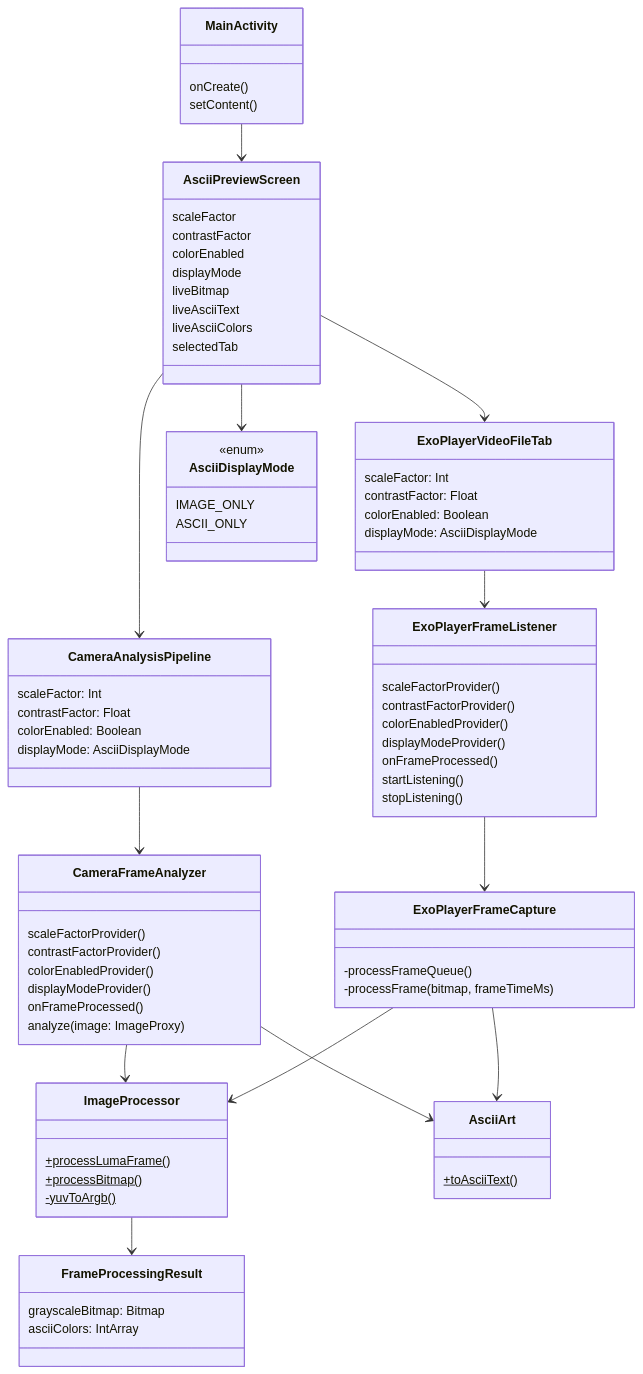
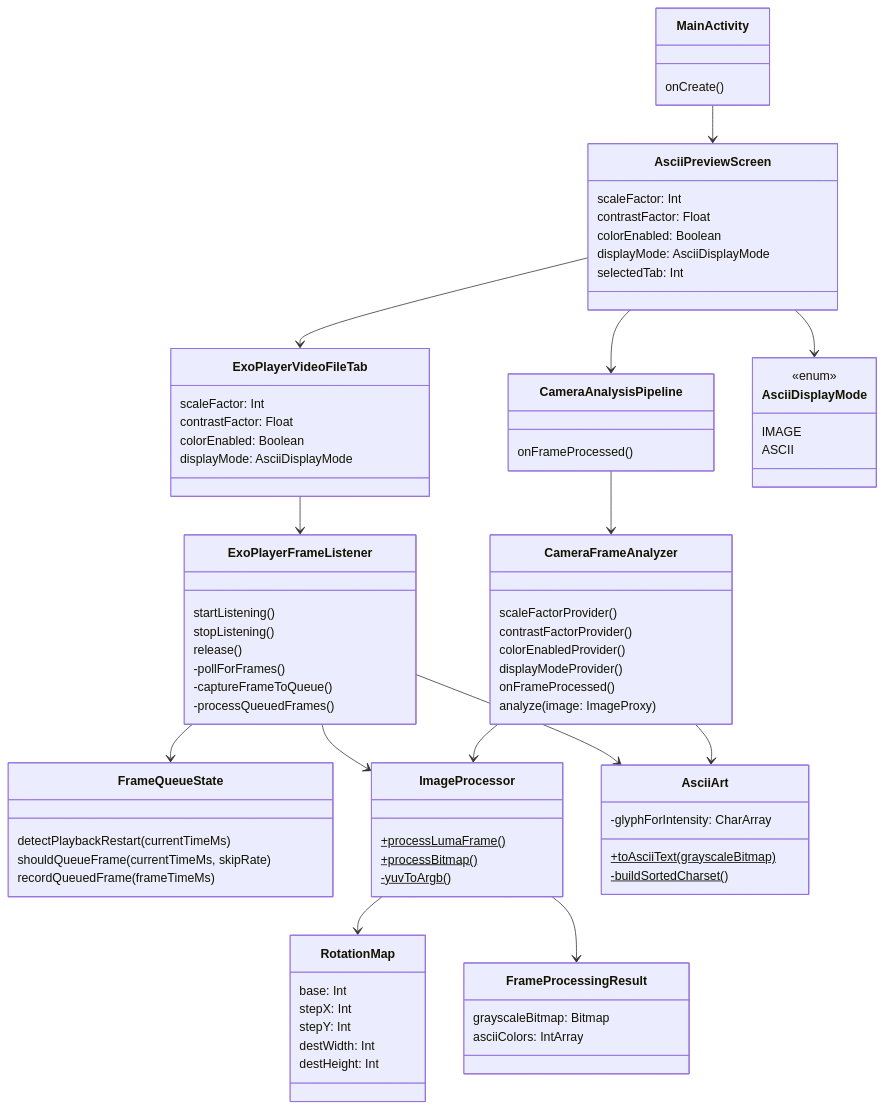
The diagram in docs/class-diagram.mmd (replicant1/AsciiArt), drawn with Mermaid before and after one commit. The commit also changed 8 other files, not shown here.

First line of the commit message:
Bring the README and architecture diagrams back in line with the code

```diff
--- a/docs/class-diagram.mmd
+++ b/docs/class-diagram.mmd
@@ -1,88 +1,92 @@
 classDiagram
     class MainActivity {
         onCreate()
-        setContent()
     }
-    
+
     class AsciiPreviewScreen {
-        scaleFactor
-        contrastFactor
-        colorEnabled
-        displayMode
-        liveBitmap
-        liveAsciiText
-        liveAsciiColors
-        selectedTab
-    }
-    
-    class CameraAnalysisPipeline {
         scaleFactor: Int
         contrastFactor: Float
         colorEnabled: Boolean
         displayMode: AsciiDisplayMode
+        selectedTab: Int
     }
-    
+
+    class CameraAnalysisPipeline {
+        onFrameProcessed()
+    }
+
     class CameraFrameAnalyzer {
         scaleFactorProvider()
         contrastFactorProvider()
         colorEnabledProvider()
         displayModeProvider()
         onFrameProcessed()
         analyze(image: ImageProxy)
     }
-    
+
     class ExoPlayerVideoFileTab {
         scaleFactor: Int
         contrastFactor: Float
         colorEnabled: Boolean
         displayMode: AsciiDisplayMode
     }
-    
+
     class ExoPlayerFrameListener {
-        scaleFactorProvider()
-        contrastFactorProvider()
-        colorEnabledProvider()
-        displayModeProvider()
-        onFrameProcessed()
         startListening()
         stopListening()
+        release()
+        -pollForFrames()
+        -captureFrameToQueue()
+        -processQueuedFrames()
     }
-    
-    class ExoPlayerFrameCapture {
-        -processFrameQueue()
-        -processFrame(bitmap, frameTimeMs)
+
+    class FrameQueueState {
+        detectPlaybackRestart(currentTimeMs)
+        shouldQueueFrame(currentTimeMs, skipRate)
+        recordQueuedFrame(frameTimeMs)
     }
-    
+
     class ImageProcessor {
         +processLumaFrame()$
         +processBitmap()$
         -yuvToArgb()$
     }
-    
+
+    class RotationMap {
+        base: Int
+        stepX: Int
+        stepY: Int
+        destWidth: Int
+        destHeight: Int
+    }
+
     class FrameProcessingResult {
         grayscaleBitmap: Bitmap
         asciiColors: IntArray
     }
-    
+
     class AsciiArt {
-        +toAsciiText()$
+        +toAsciiText(grayscaleBitmap)$
+        -glyphForIntensity: CharArray
+        -buildSortedCharset()$
     }
-    
+
     class AsciiDisplayMode {
         <<enum>>
-        IMAGE_ONLY
-        ASCII_ONLY
+        IMAGE
+        ASCII
     }
-    
+
     MainActivity --> AsciiPreviewScreen
     AsciiPreviewScreen --> CameraAnalysisPipeline
     AsciiPreviewScreen --> ExoPlayerVideoFileTab
+    AsciiPreviewScreen --> AsciiDisplayMode
     CameraAnalysisPipeline --> CameraFrameAnalyzer
     CameraFrameAnalyzer --> ImageProcessor
+    CameraFrameAnalyzer --> AsciiArt
     ExoPlayerVideoFileTab --> ExoPlayerFrameListener
-    ExoPlayerFrameListener --> ExoPlayerFrameCapture
-    ExoPlayerFrameCapture --> ImageProcessor
+    ExoPlayerFrameListener --> FrameQueueState
+    ExoPlayerFrameListener --> ImageProcessor
+    ExoPlayerFrameListener --> AsciiArt
+    ImageProcessor --> RotationMap
     ImageProcessor --> FrameProcessingResult
-    CameraFrameAnalyzer --> AsciiArt
-    ExoPlayerFrameCapture --> AsciiArt
-    AsciiPreviewScreen --> AsciiDisplayMode
```
